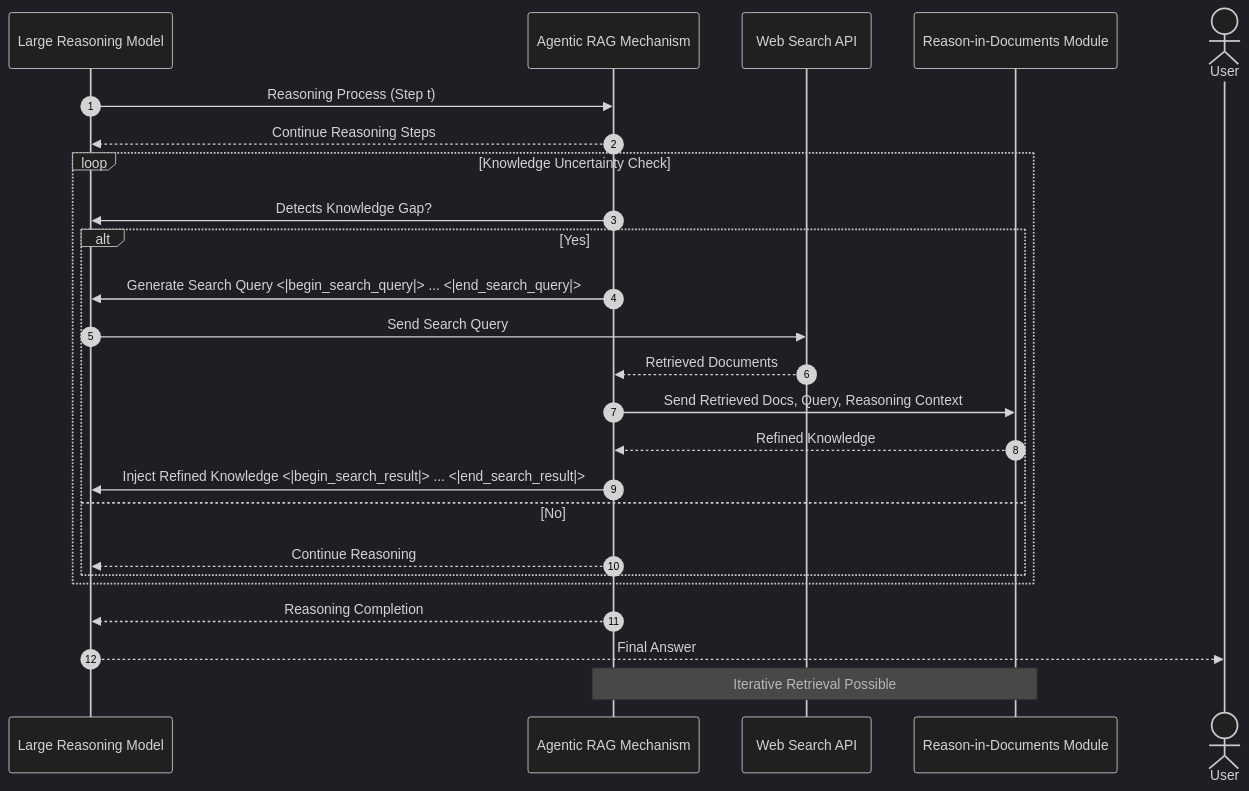
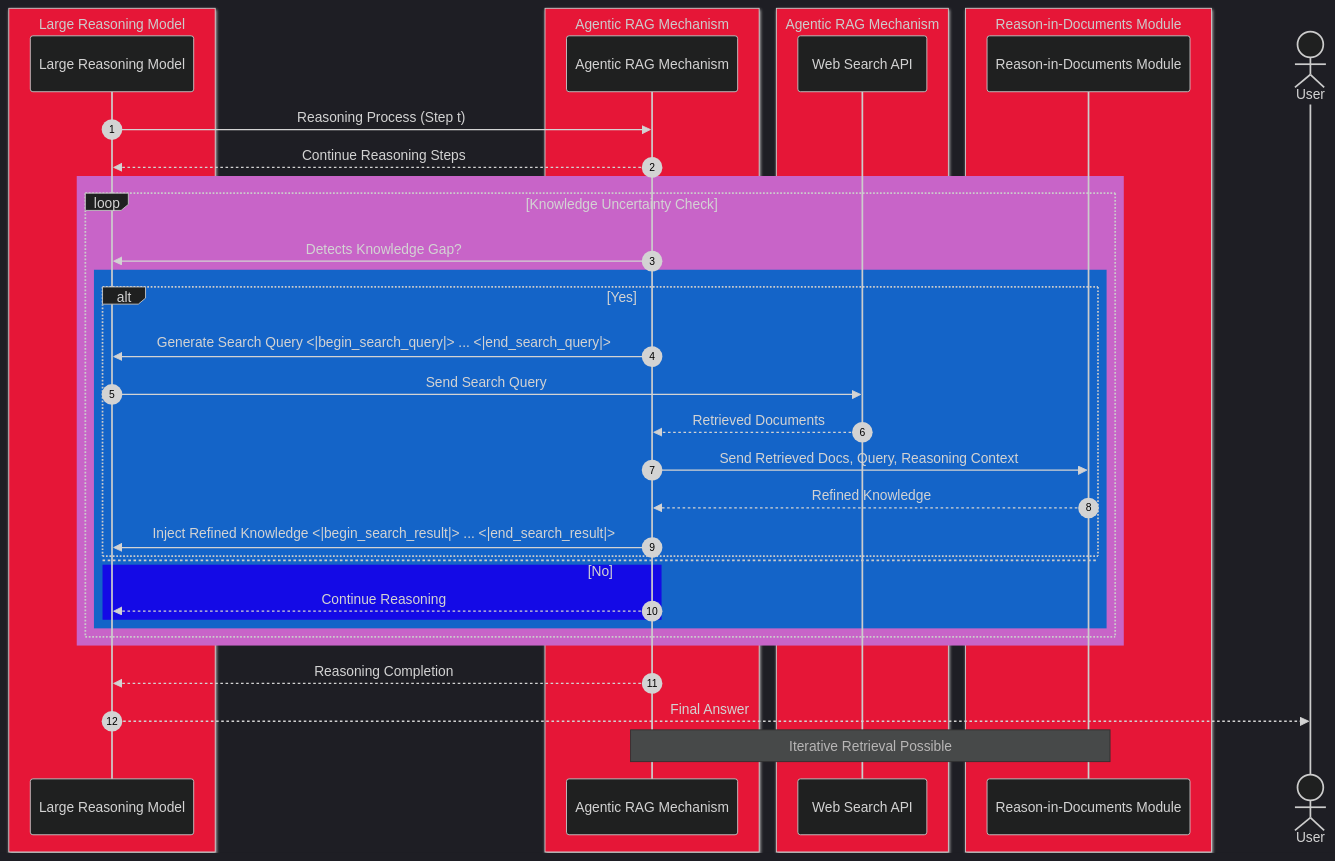
One commit to CongLeSolutionX/AlgoVerse changed the second of 8 diagrams in Latest_Algorithms/Search-o1/Search_o1.md. Above: the diagram before and after it, drawn with Mermaid.

Commit message:
update diagram and style

````diff
--- a/Latest_Algorithms/Search-o1/Search_o1.md
+++ b/Latest_Algorithms/Search-o1/Search_o1.md
@@ -100,35 +100,54 @@
 ```mermaid
 ---
 config:
   layout: elk
   look: handDrawn
   theme: dark
 ---
 sequenceDiagram
-    autonumber
-    participant LRM as Large Reasoning Model
-    participant RAG as Agentic RAG Mechanism
-    participant SearchAPI as Web Search API
-    participant ReasonInDoc as Reason-in-Documents Module
+	autonumber
+
+    box rgb(230, 22, 55) Large Reasoning Model
+        participant LRM as Large Reasoning Model
+    end
+
+    box rgb(230, 22, 55) Agentic RAG Mechanism
+        participant RAG as Agentic RAG Mechanism
+    end
+
+    box rgb(230, 22, 55) Agentic RAG Mechanism
+        participant SearchAPI as Web Search API
+    end
+
+    box rgb(230, 22, 55) Reason-in-Documents Module
+        participant ReasonInDoc as Reason-in-Documents Module
+    end
+    
     actor User
 
     LRM->>RAG: Reasoning Process (Step t)
     RAG-->>LRM: Continue Reasoning Steps
+    rect rgb(200, 100, 200)
     loop Knowledge Uncertainty Check
         RAG->>LRM: Detects Knowledge Gap?
+        rect rgb(20, 100, 200)
         alt Yes
             RAG->>LRM: Generate Search Query <|begin_search_query|> ... <|end_search_query|>
             LRM->>SearchAPI: Send Search Query
             SearchAPI-->>RAG: Retrieved Documents
             RAG->>ReasonInDoc: Send Retrieved Docs, Query, Reasoning Context
             ReasonInDoc-->>RAG: Refined Knowledge
             RAG->>LRM: Inject Refined Knowledge <|begin_search_result|> ... <|end_search_result|>
         else No
+        end
+        rect rgb(20, 10, 230)
             RAG-->>LRM: Continue Reasoning
         end
+        end
+    end
     end
     RAG-->>LRM: Reasoning Completion
     LRM-->>User: Final Answer
     Note over RAG,ReasonInDoc: Iterative Retrieval Possible
     
 ```
````
